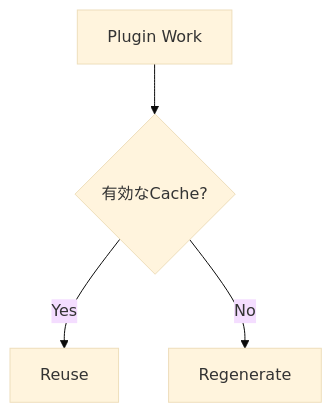
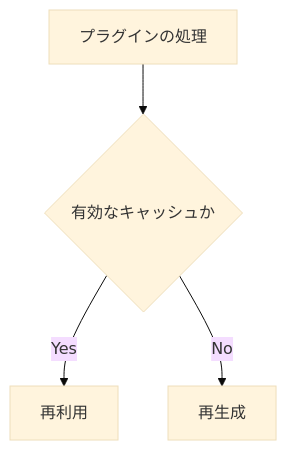
One commit to Rerurate514/riebeckite changed the eighth of 8 diagrams in docs/docs/framework/plugin-system/pipeline.ja.md. Above: the diagram before and after it, drawn with Mermaid (base theme). The commit also changed other lines of this file and 310 other files, not shown here.

````diff
--- a/docs/docs/framework/plugin-system/pipeline.ja.md
+++ b/docs/docs/framework/plugin-system/pipeline.ja.md
@@ -432,10 +345,10 @@
 ```mermaid id="42mkl4"
 flowchart TD
-    Work["Plugin Work"]
-    Cache{"有効なCache?"}
+    Work["プラグインの処理"]
+    Cache{"有効なキャッシュか"}
 
     Work --> Cache
 
-    Cache -->|Yes| Reuse["Reuse"]
-    Cache -->|No| Generate["Regenerate"]
+    Cache -->|Yes| Reuse["再利用"]
+    Cache -->|No| Generate["再生成"]
 ```
````
